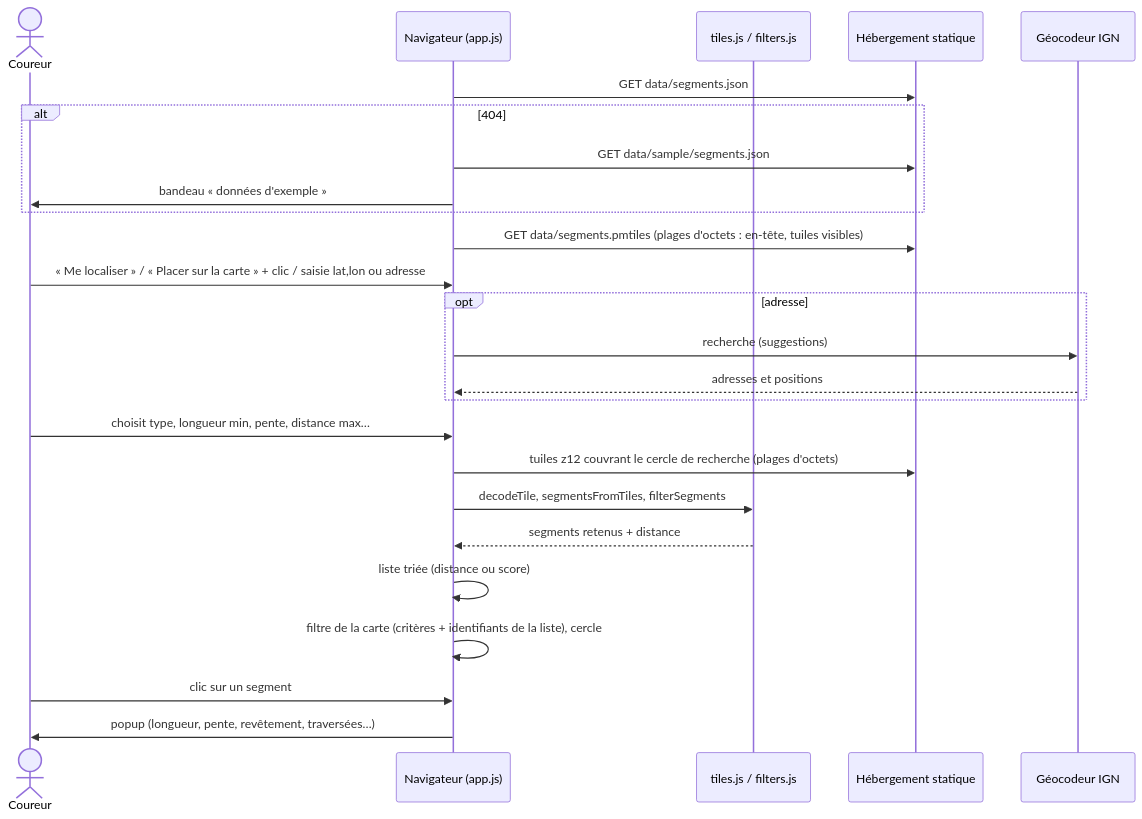
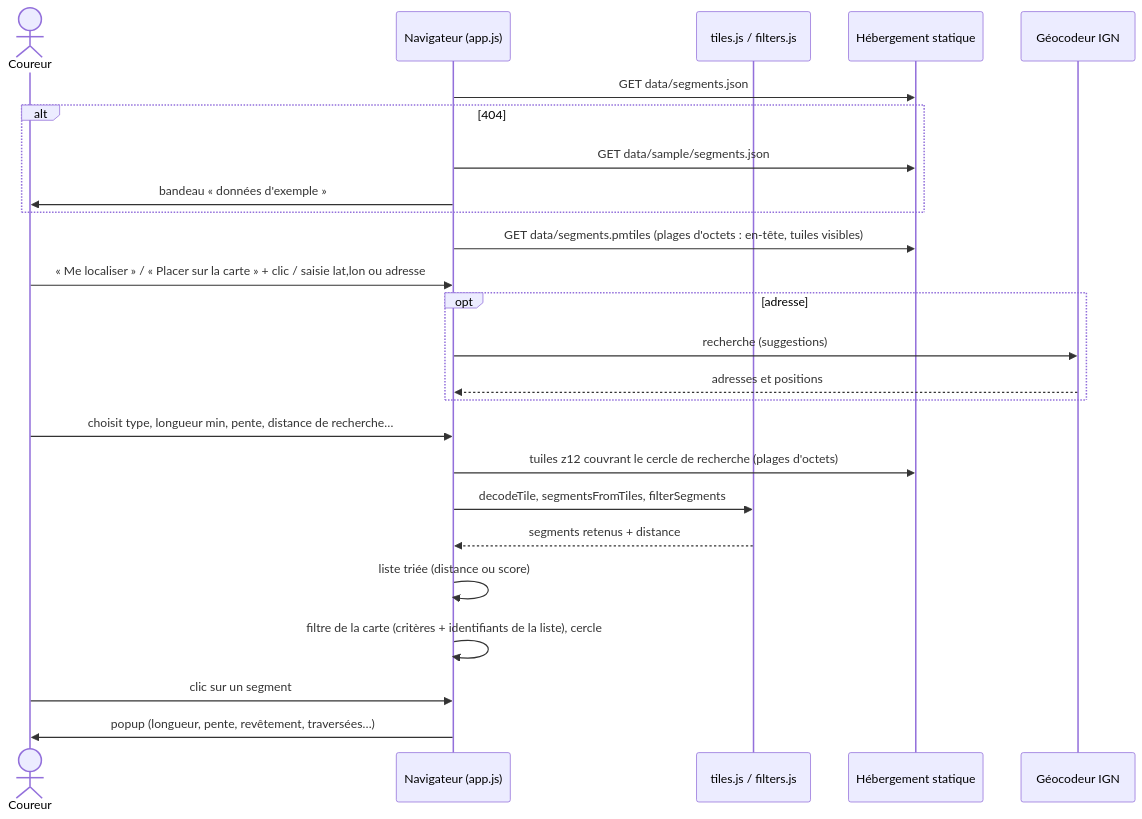
The second of 4 diagrams in docs/architecture.md (jsilobre/spot-fractionne), drawn with Mermaid before and after one commit. The commit also changed 1 other file, not shown here.

Commit message:
Rename 'Distance max' label to 'Distance de recherche' (#27)
Claude-Session: https://claude.ai/code/session_016yEpu2WXGSgDaQykPB8SeW

````diff
--- a/docs/architecture.md
+++ b/docs/architecture.md
@@ -241,28 +241,28 @@
 ```mermaid
 sequenceDiagram
     actor U as Coureur
     participant B as Navigateur (app.js)
     participant T as tiles.js / filters.js
     participant S as Hébergement statique
     participant G as Géocodeur IGN
 
     B->>S: GET data/segments.json
     alt 404
         B->>S: GET data/sample/segments.json
         B->>U: bandeau « données d'exemple »
     end
     B->>S: GET data/segments.pmtiles (plages d'octets : en-tête, tuiles visibles)
     U->>B: « Me localiser » / « Placer sur la carte » + clic / saisie lat,lon ou adresse
     opt adresse
         B->>G: recherche (suggestions)
         G-->>B: adresses et positions
     end
-    U->>B: choisit type, longueur min, pente, distance max…
+    U->>B: choisit type, longueur min, pente, distance de recherche…
     B->>S: tuiles z12 couvrant le cercle de recherche (plages d'octets)
     B->>T: decodeTile, segmentsFromTiles, filterSegments
     T-->>B: segments retenus + distance
     B->>B: liste triée (distance ou score)
     B->>B: filtre de la carte (critères + identifiants de la liste), cercle
     U->>B: clic sur un segment
     B->>U: popup (longueur, pente, revêtement, traversées…)
 ```
````
